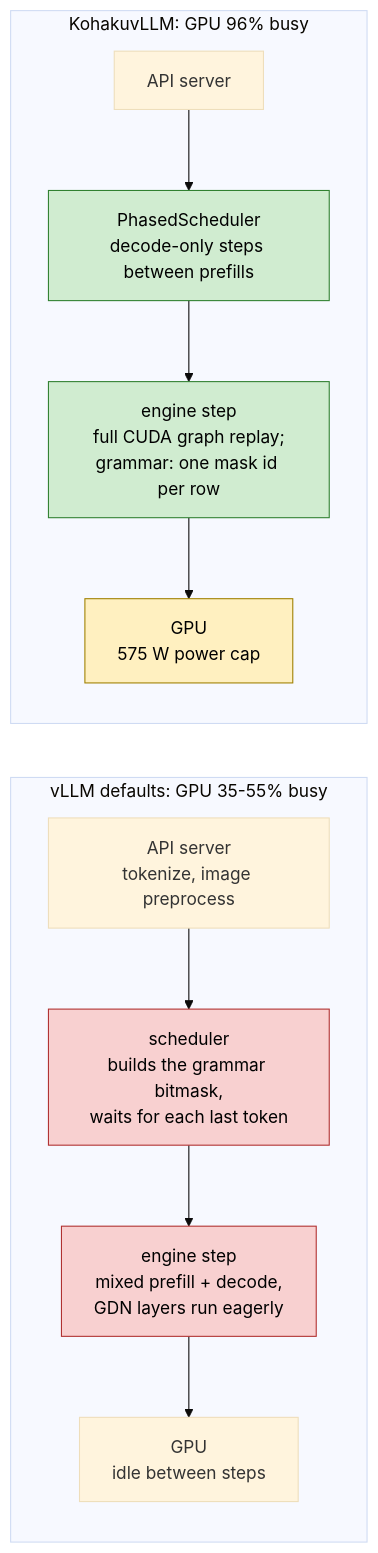
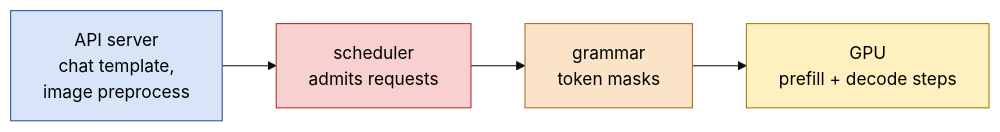
The second of 2 diagrams in README.md (KohakuBlueleaf/KohakuvLLM), drawn with Mermaid (base theme) before and after one commit. The commit also changed other lines of this file and 1 other file, not shown here.

Commit message:
README: vLLM-only speed step by step, where the bottleneck is, grammar vs xgrammar; reports removed

````diff
--- a/README.md
+++ b/README.md
@@ -65,18 +40,10 @@
 ```mermaid
 flowchart LR
-    subgraph stock["vLLM defaults: GPU 35-55% busy"]
-        direction TB
-        A1["API server<br/>tokenize, image preprocess"] --> B1["scheduler<br/>builds the grammar bitmask,<br/>waits for each last token"]:::slow
-        B1 --> C1["engine step<br/>mixed prefill + decode,<br/>GDN layers run eagerly"]:::slow
-        C1 --> D1["GPU<br/>idle between steps"]
-    end
-    subgraph ours["KohakuvLLM: GPU 96% busy"]
-        direction TB
-        A2["API server"] --> B2["PhasedScheduler<br/>decode-only steps between prefills"]:::fast
-        B2 --> C2["engine step<br/>full CUDA graph replay;<br/>grammar: one mask id per row"]:::fast
-        C2 --> D2["GPU<br/>575 W power cap"]:::limit
-    end
-    classDef slow fill:#f8d0d0,stroke:#b03030,color:#000
-    classDef fast fill:#d0ecd0,stroke:#308030,color:#000
-    classDef limit fill:#fff0c0,stroke:#a08000,color:#000
+    A["API server<br/>chat template,<br/>image preprocess"]:::d --> B["scheduler<br/>admits requests"]:::a
+    B --> C["grammar<br/>token masks"]:::b
+    C --> D["GPU<br/>prefill + decode steps"]:::c
+    classDef a fill:#f8d0d0,stroke:#b03030,color:#000
+    classDef b fill:#fbe3c8,stroke:#b06a20,color:#000
+    classDef c fill:#fff0c0,stroke:#a08000,color:#000
+    classDef d fill:#d8e4f8,stroke:#3050a0,color:#000
 ```
````
